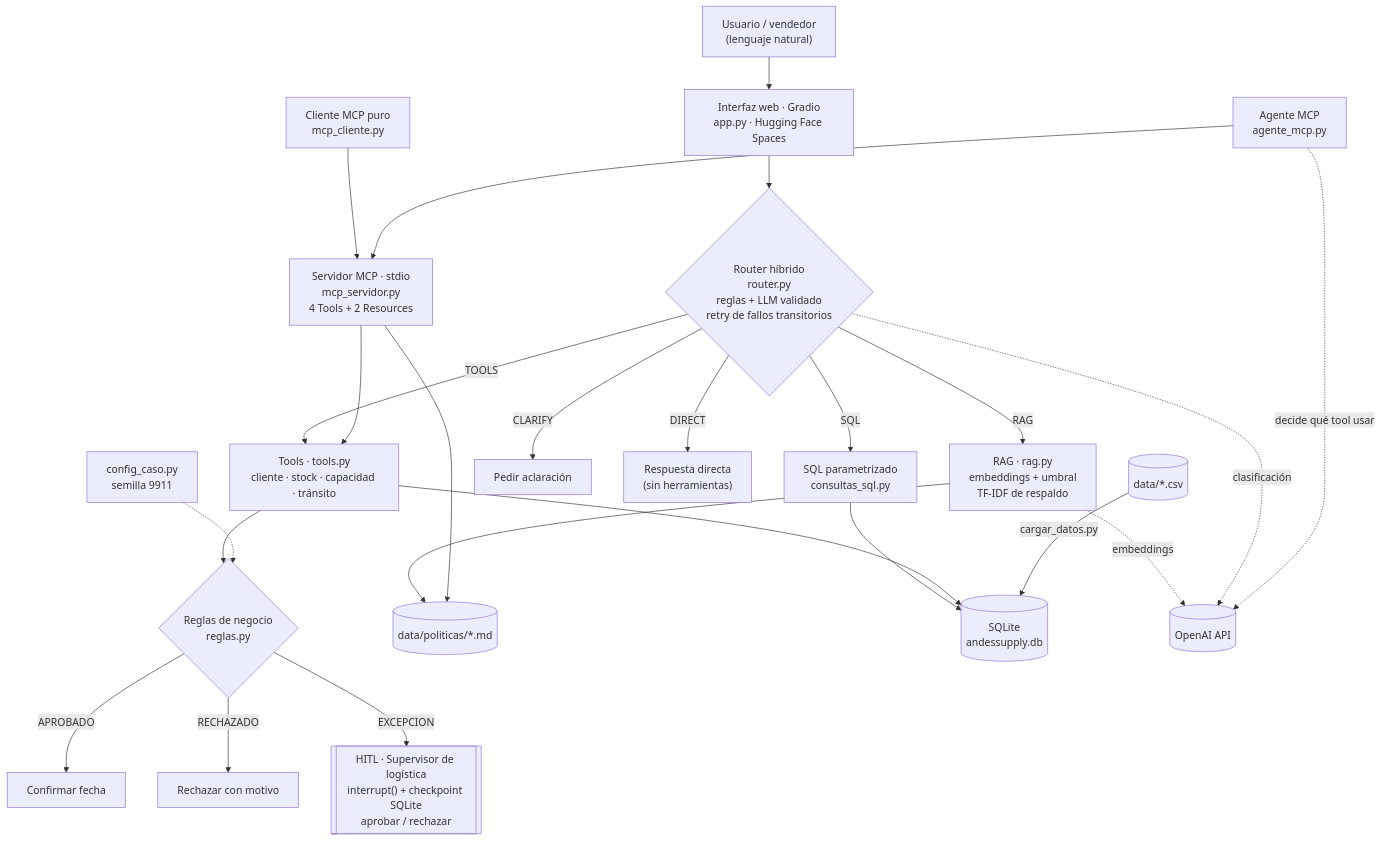
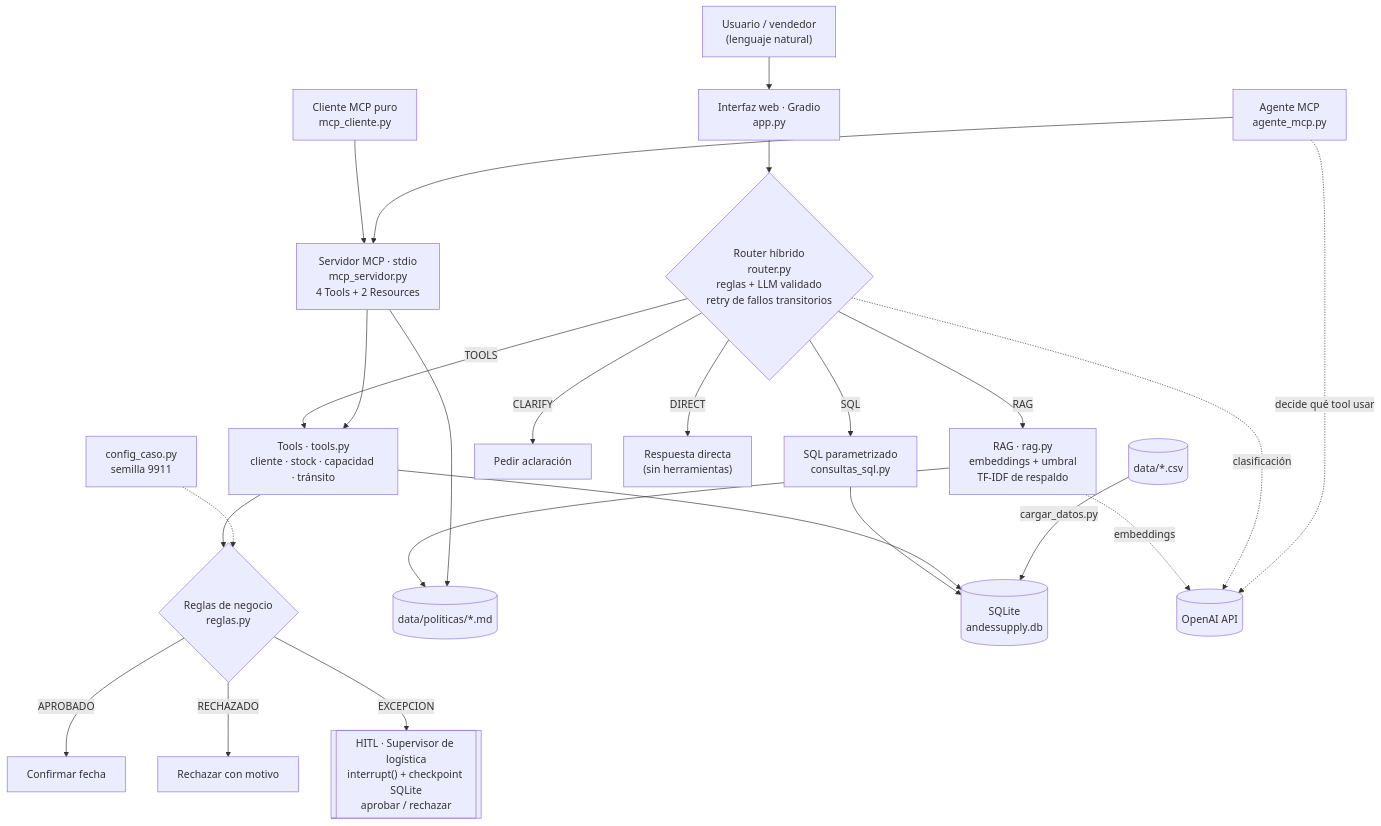
Before and after one commit to cesardataviz/romero_cesar_modulo3_dsrp: the diagram in README.md, drawn with Mermaid. The commit also changed other lines of this file and 6 other files, not shown here.

````diff
--- a/README.md
+++ b/README.md
@@ -33,31 +33,31 @@
 ```mermaid
 flowchart TD
-    U["Usuario / vendedor<br/>(lenguaje natural)"] --> UI["Interfaz web · Gradio<br/>app.py · Hugging Face Spaces"]
+    U["Usuario / vendedor<br/>(lenguaje natural)"] --> UI["Interfaz web · Gradio<br/>app.py"]
     UI --> R{"Router híbrido<br/>router.py<br/>reglas + LLM validado<br/>retry de fallos transitorios"}
 
     R -->|RAG| RAG["RAG · rag.py<br/>embeddings + umbral<br/>TF-IDF de respaldo"]
     R -->|SQL| SQL["SQL parametrizado<br/>consultas_sql.py"]
     R -->|TOOLS| T["Tools · tools.py<br/>cliente · stock · capacidad · tránsito"]
     R -->|CLARIFY| C["Pedir aclaración"]
     R -->|DIRECT| D["Respuesta directa<br/>(sin herramientas)"]
 
     T --> RG{"Reglas de negocio<br/>reglas.py"}
     RG -->|APROBADO| OK["Confirmar fecha"]
     RG -->|RECHAZADO| NO["Rechazar con motivo"]
     RG -->|EXCEPCION| H[["HITL · Supervisor de logística<br/>interrupt() + checkpoint SQLite<br/>aprobar / rechazar"]]
 
     RAG --> DOCS[("data/politicas/*.md")]
     SQL --> DB[("SQLite<br/>andessupply.db")]
     T --> DB
     CSV[("data/*.csv")] -->|cargar_datos.py| DB
     CFG["config_caso.py<br/>semilla 9911"] -.-> RG
     RAG -.->|embeddings| OAI[("OpenAI API")]
     R -.->|clasificación| OAI
     MS["Servidor MCP · stdio<br/>mcp_servidor.py<br/>4 Tools + 2 Resources"] --> T
     MS --> DOCS
     CL["Cliente MCP puro<br/>mcp_cliente.py"] --> MS
     AG["Agente MCP<br/>agente_mcp.py"] --> MS
     AG -.->|decide qué tool usar| OAI
 
 
 ```
````
